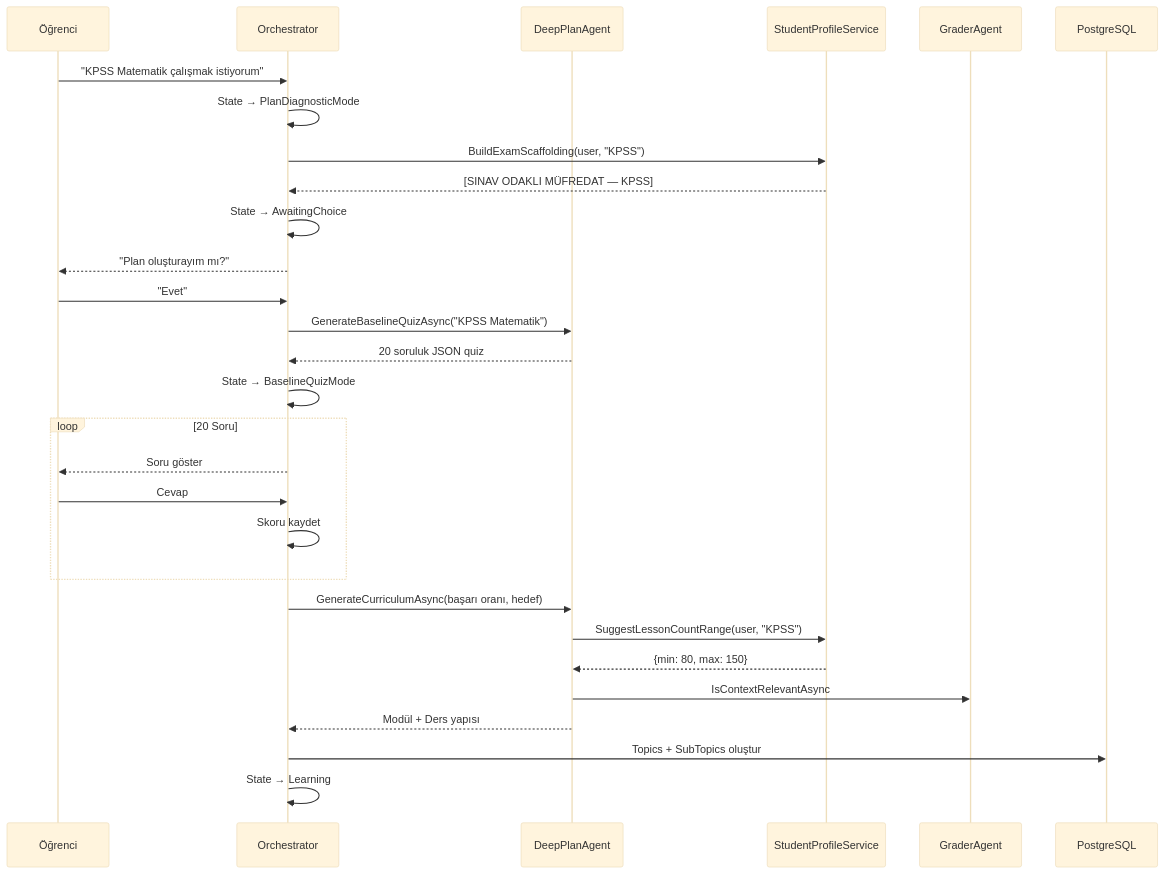
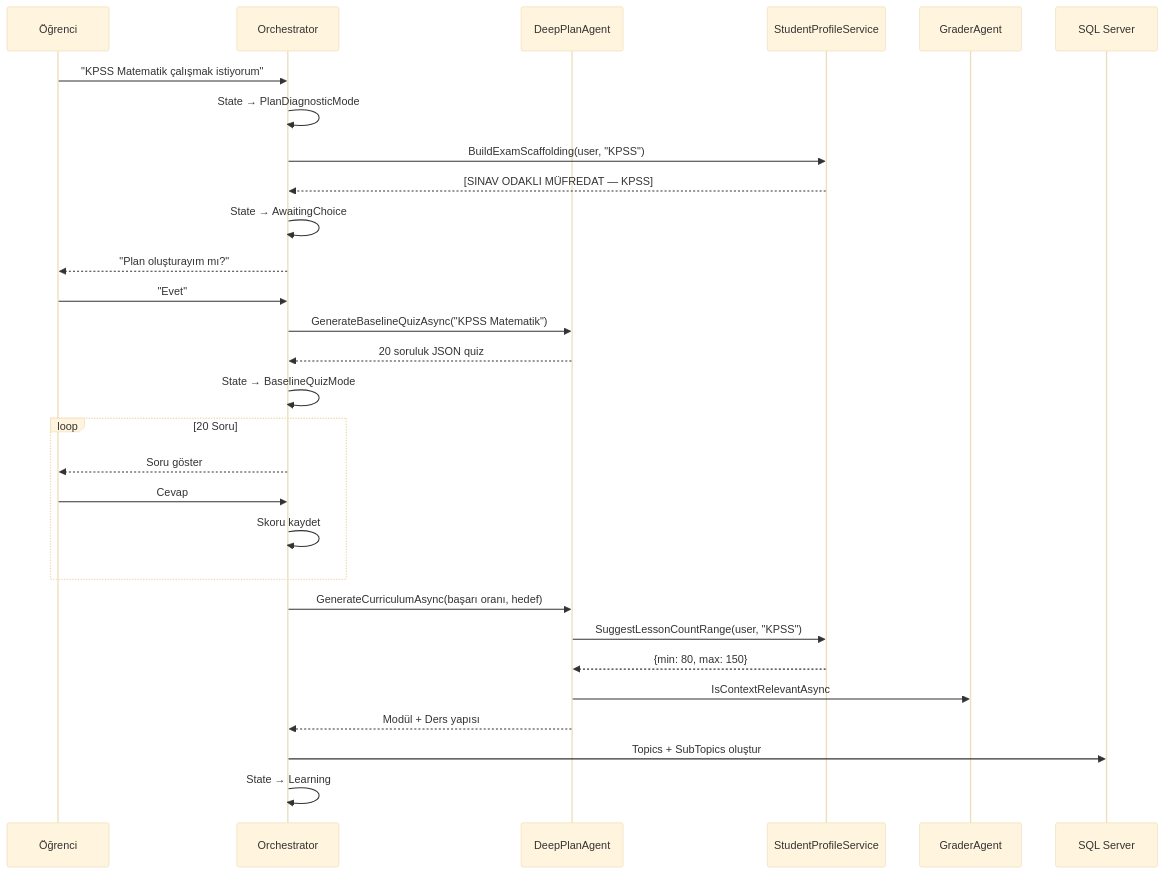
One commit to ahmetakifsevgili/Orka-AI changed the tenth of 10 diagrams in ARCHITECTURE.md. Above: the diagram before and after it, drawn with Mermaid (base theme). The commit also changed other lines of this file and 164 other files, not shown here.

````diff
--- a/ARCHITECTURE.md
+++ b/ARCHITECTURE.md
@@ -278,36 +437,36 @@
 ```mermaid
 sequenceDiagram
     participant Ö as Öğrenci
     participant AGO as Orchestrator
     participant DP as DeepPlanAgent
     participant SP as StudentProfileService
     participant GR as GraderAgent
-    participant DB as PostgreSQL
+    participant DB as SQL Server
 
     Ö->>AGO: "KPSS Matematik çalışmak istiyorum"
     AGO->>AGO: State → PlanDiagnosticMode
     AGO->>SP: BuildExamScaffolding(user, "KPSS")
     SP-->>AGO: [SINAV ODAKLI MÜFREDAT — KPSS]
     
     AGO->>AGO: State → AwaitingChoice
     AGO-->>Ö: "Plan oluşturayım mı?"
     Ö->>AGO: "Evet"
     
     AGO->>DP: GenerateBaselineQuizAsync("KPSS Matematik")
     DP-->>AGO: 20 soruluk JSON quiz
     AGO->>AGO: State → BaselineQuizMode
     
     loop 20 Soru
         AGO-->>Ö: Soru göster
         Ö->>AGO: Cevap
         AGO->>AGO: Skoru kaydet
     end
     
     AGO->>DP: GenerateCurriculumAsync(başarı oranı, hedef)
     DP->>SP: SuggestLessonCountRange(user, "KPSS")
     SP-->>DP: {min: 80, max: 150}
     DP->>GR: IsContextRelevantAsync
     DP-->>AGO: Modül + Ders yapısı
     AGO->>DB: Topics + SubTopics oluştur
     AGO->>AGO: State → Learning
 ```
````
